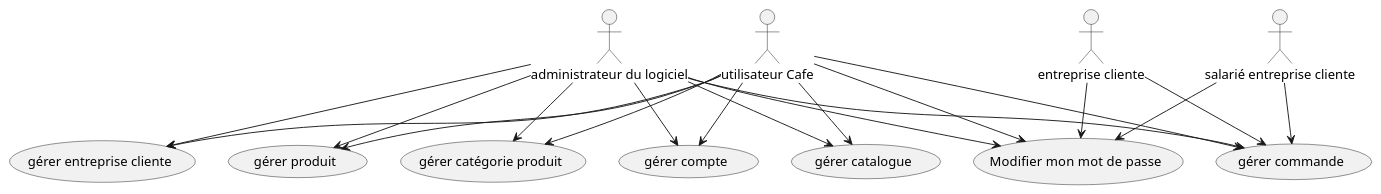
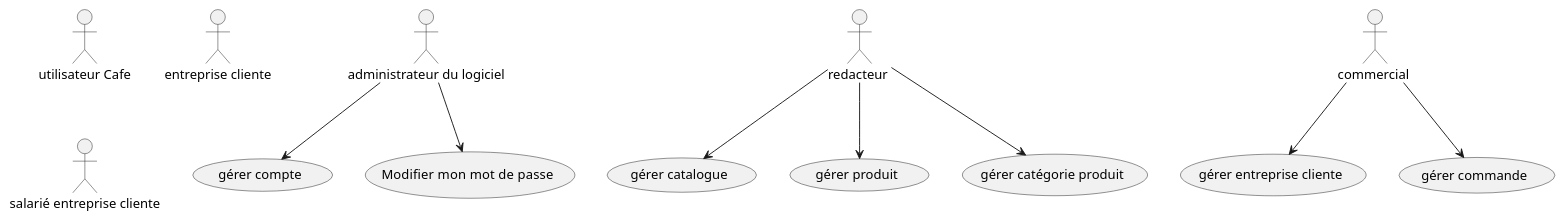
The diagram in usecase.plantuml (msermet/CS_2024), drawn with PlantUML before and after one commit.

Commit message:
question13

```diff
--- a/usecase.plantuml
+++ b/usecase.plantuml
@@ -1,41 +1,50 @@
 @startuml
 
 usecase (gérer compte) as UC_Gerer_Compte
 usecase (gérer catalogue) as UC_Gerer_Catalogue
 usecase (gérer entreprise cliente) as UC_Gerer_Entreprise
 usecase (gérer commande) as UC_Gerer_Commande
 
 usecase (Modifier  mon mot de passe) as UC_MDP
 usecase (gérer produit) as UC_G_Produit
 usecase (gérer catégorie produit) as UC_G_Cat_Produit
 
 
 
 actor :administrateur du logiciel: as admin
 actor :utilisateur Cafe: as userCafe
 actor :entreprise cliente: as entreprise
 actor :salarié entreprise cliente: as salarie
+actor :redacteur : as redacteur
+actor :commercial : as commercial
 
-admin --> UC_Gerer_Catalogue
-admin --> UC_Gerer_Entreprise
-admin --> UC_G_Cat_Produit
-admin --> UC_Gerer_Commande
-admin --> UC_G_Produit
+'admin --> UC_Gerer_Catalogue
+'admin --> UC_Gerer_Entreprise
+'admin --> UC_G_Cat_Produit
+'admin --> UC_Gerer_Commande
+'admin --> UC_G_Produit
 admin --> UC_MDP
 admin --> UC_Gerer_Compte
 
-entreprise --> UC_Gerer_Commande
-entreprise --> UC_MDP
+'entreprise --> UC_Gerer_Commande
+'entreprise --> UC_MDP
 
-userCafe --> UC_Gerer_Catalogue
-userCafe --> UC_Gerer_Entreprise
-userCafe --> UC_G_Cat_Produit
-userCafe --> UC_Gerer_Commande
-userCafe --> UC_G_Produit
-userCafe --> UC_MDP
-userCafe --> UC_Gerer_Compte
+'userCafe --> UC_Gerer_Catalogue
+'userCafe --> UC_Gerer_Entreprise
+'userCafe --> UC_G_Cat_Produit
+'userCafe --> UC_Gerer_Commande
+'userCafe --> UC_G_Produit
+'userCafe --> UC_MDP
+'userCafe --> UC_Gerer_Compte
 
-salarie --> UC_MDP
-salarie --> UC_Gerer_Commande
+commercial --> UC_Gerer_Entreprise
+commercial --> UC_Gerer_Commande
+
+redacteur --> UC_Gerer_Catalogue
+redacteur --> UC_G_Cat_Produit
+redacteur --> UC_G_Produit
+
+'salarie --> UC_MDP
+'salarie --> UC_Gerer_Commande
 
 @enduml
```
